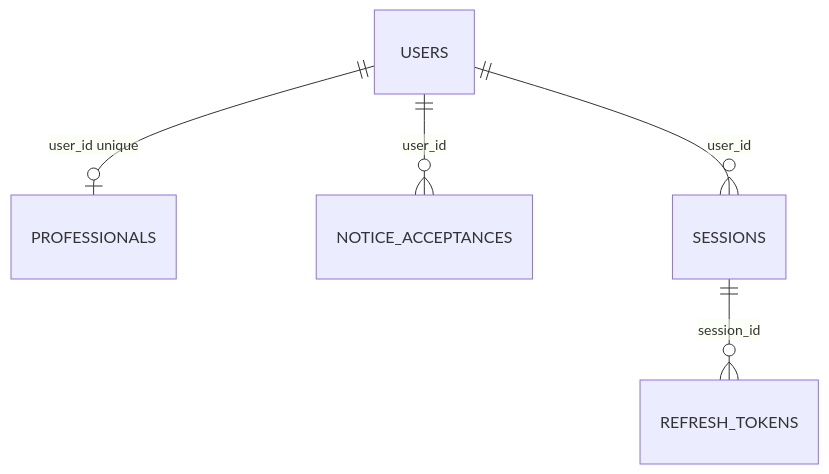
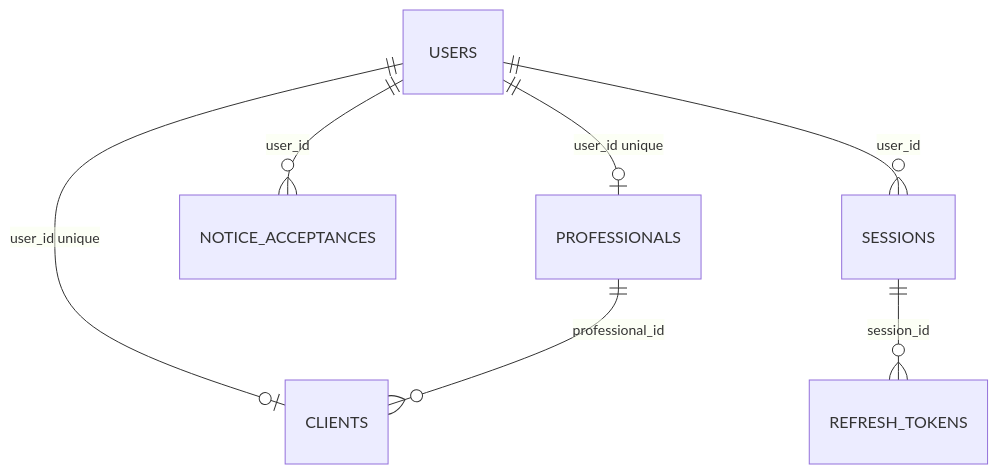
Before and after one commit to anglfer/CouchOneFit: the diagram in docs/database/modelo-identidad-acceso.md, drawn with Mermaid. The commit also changed other lines of this file and 38 other files, not shown here.

````diff
--- a/docs/database/modelo-identidad-acceso.md
+++ b/docs/database/modelo-identidad-acceso.md
@@ -9,7 +9,9 @@
 ```mermaid
 erDiagram
   USERS ||--o| PROFESSIONALS : "user_id unique"
+  USERS ||--o| CLIENTS : "user_id unique"
+  PROFESSIONALS ||--o{ CLIENTS : professional_id
   USERS ||--o{ NOTICE_ACCEPTANCES : user_id
   USERS ||--o{ SESSIONS : user_id
   SESSIONS ||--o{ REFRESH_TOKENS : session_id
 ```
````
